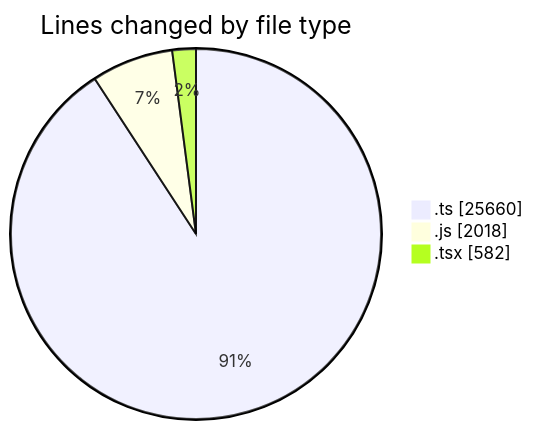
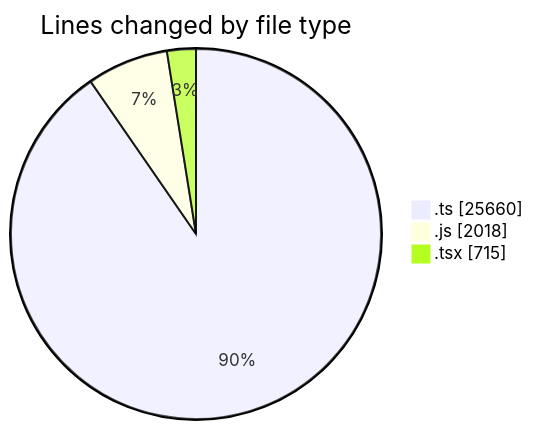
Before and after one commit to momahboobian/code-tracking: the first of 2 diagrams in 2025-06-20/cda/README.md, drawn with Mermaid. The commit also changed other lines of this file and 1 other file, not shown here.

````diff
--- a/2025-06-20/cda/README.md
+++ b/2025-06-20/cda/README.md
@@ -41,7 +42,7 @@
 ```mermaid
 pie showData
 title Lines changed by file type
 ".ts" : 25660
 ".js" : 2018
-".tsx" : 582
+".tsx" : 715
 ```
````
